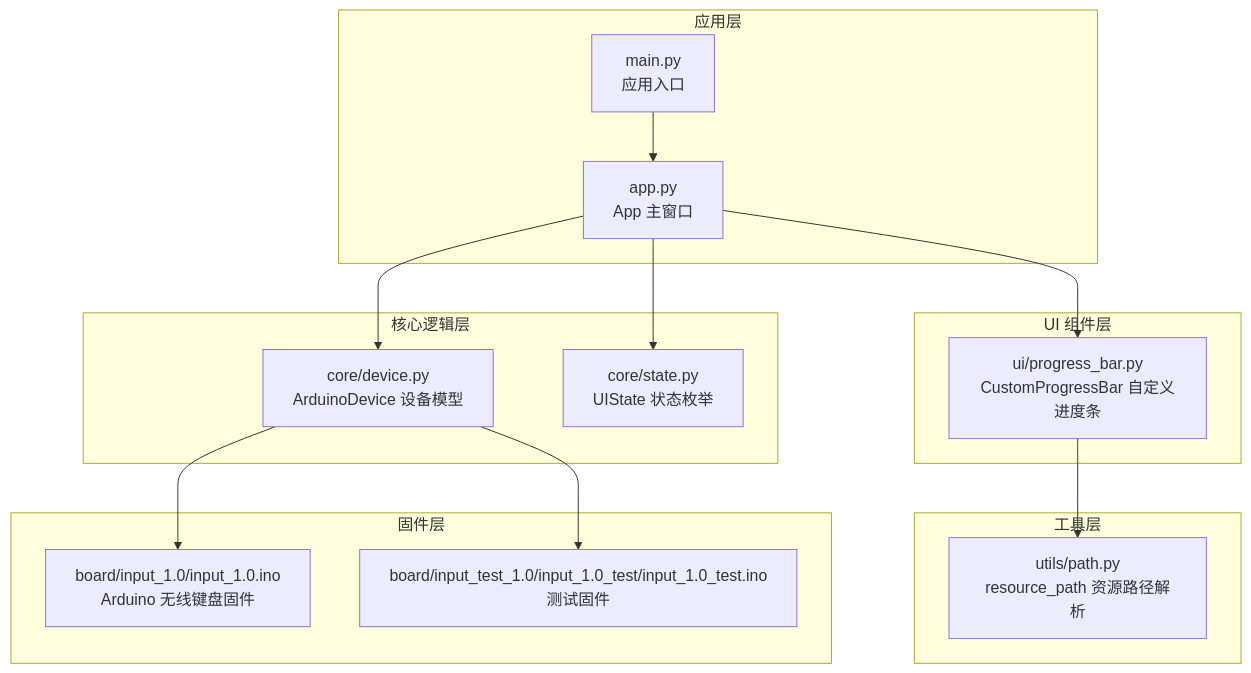
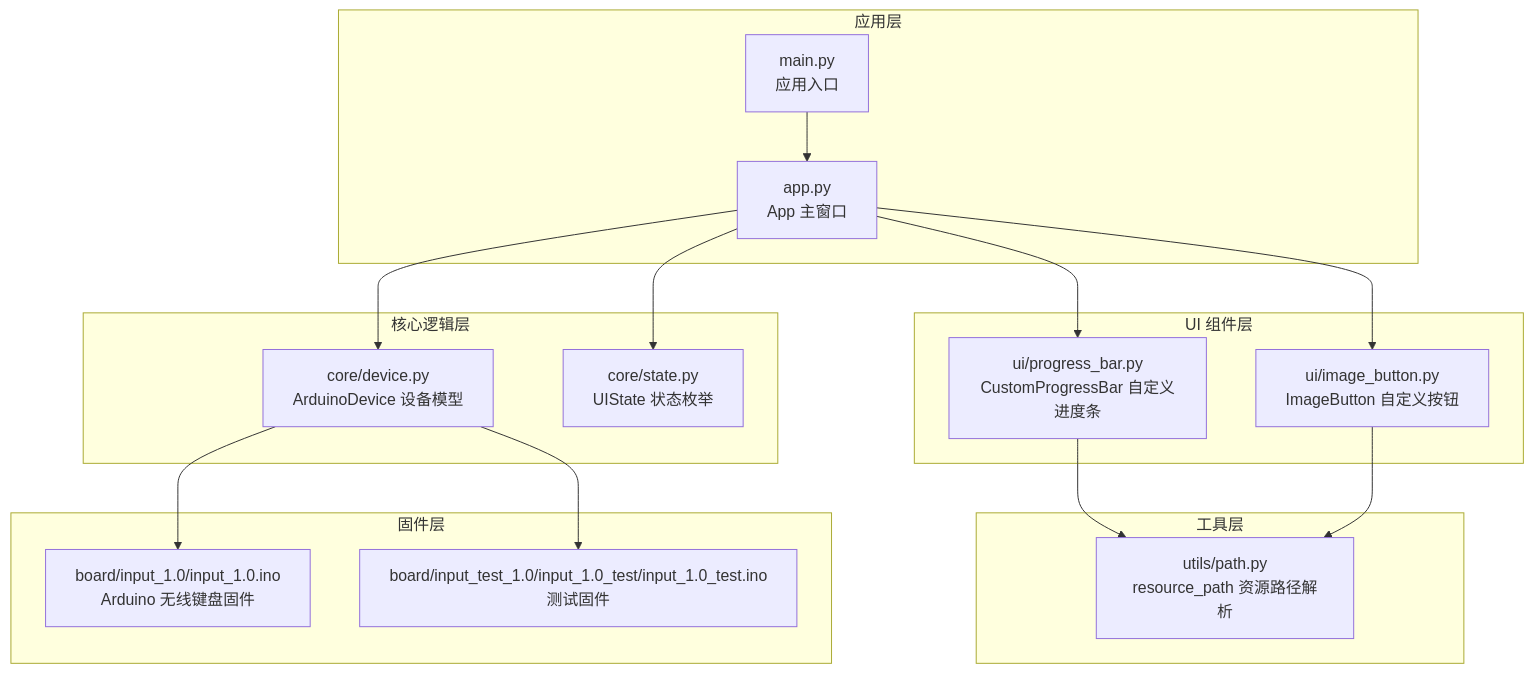
One commit to Hankun-P/wireless-keyboard-toy changed the first of 7 diagrams in .qoder/repowiki/zh/content/桌面应用架构/核心业务逻辑.md. Above: the diagram before and after it, drawn with Mermaid. The commit also changed other lines of this file and 10 other files, not shown here.

````diff
--- a/.qoder/repowiki/zh/content/桌面应用架构/核心业务逻辑.md
+++ b/.qoder/repowiki/zh/content/桌面应用架构/核心业务逻辑.md
@@ -54,28 +58,31 @@
 ```mermaid
 graph TB
 subgraph "应用层"
 MAIN["main.py<br/>应用入口"]
 APP["app.py<br/>App 主窗口"]
 end
 subgraph "核心逻辑层"
 ARDUINO["core/device.py<br/>ArduinoDevice 设备模型"]
 STATE["core/state.py<br/>UIState 状态枚举"]
 end
 subgraph "UI 组件层"
 PROGRESS["ui/progress_bar.py<br/>CustomProgressBar 自定义进度条"]
+IMAGE_BTN["ui/image_button.py<br/>ImageButton 自定义按钮"]
 end
 subgraph "工具层"
 PATH["utils/path.py<br/>resource_path 资源路径解析"]
 end
 subgraph "固件层"
 FIRMWARE["board/input_1.0/input_1.0.ino<br/>Arduino 无线键盘固件"]
 TEST_FIRMWARE["board/input_test_1.0/input_1.0_test/input_1.0_test.ino<br/>测试固件"]
 end
 MAIN --> APP
 APP --> ARDUINO
 APP --> STATE
 APP --> PROGRESS
+APP --> IMAGE_BTN
 PROGRESS --> PATH
+IMAGE_BTN --> PATH
 ARDUINO --> FIRMWARE
 ARDUINO --> TEST_FIRMWARE
 ```
````
